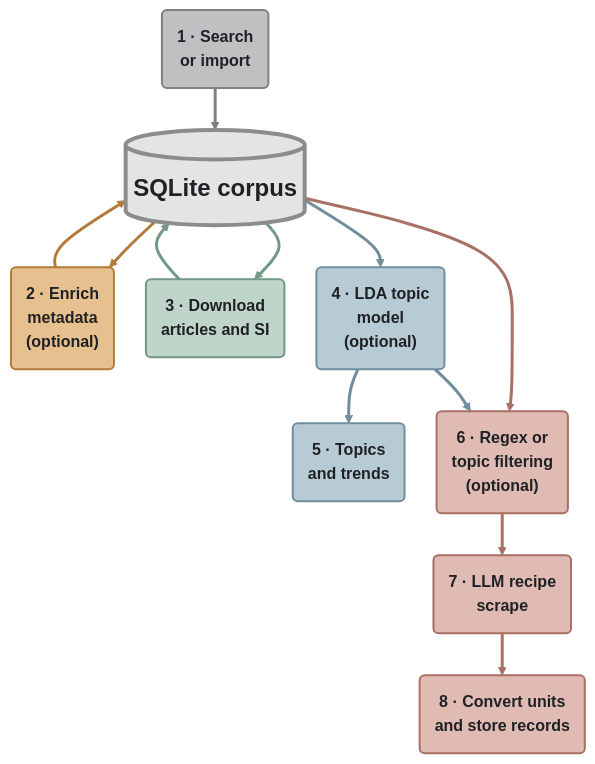
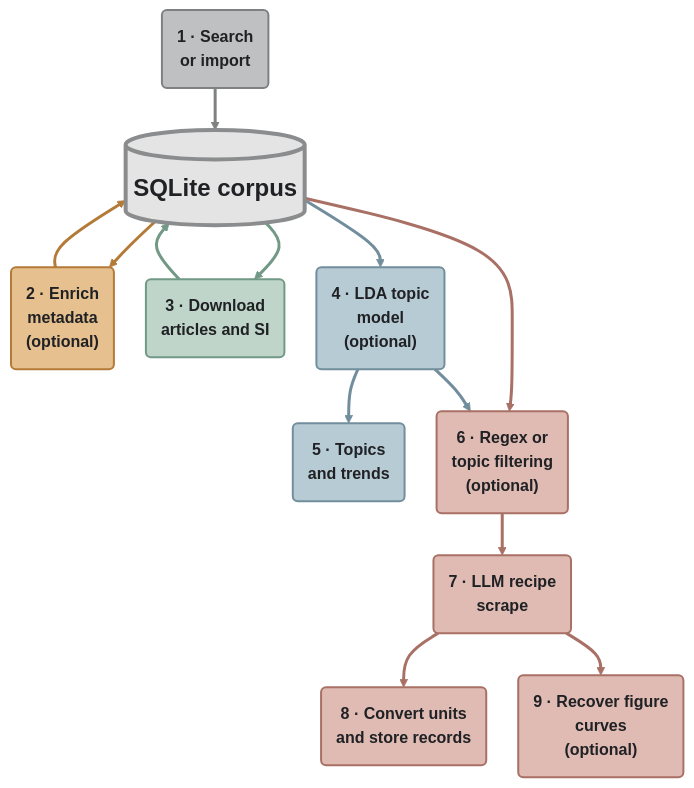
The diagram in docs/workflow/index.md (SMTG-Bham/PaperMinerToolkit), drawn with Mermaid before and after one commit. The commit also changed other lines of this file and 9 other files, not shown here.

````diff
--- a/docs/workflow/index.md
+++ b/docs/workflow/index.md
@@ -5,47 +5,49 @@
 ```{mermaid}
 :alt: PaperMinerToolkit workflow arranged around a central SQLite corpus. Search enters from above, enrichment and downloading form return loops below it, LDA topic analysis descends on the left, and LLM extraction descends on the right.
 :align: center
 
 %%{init: {"flowchart": {"curve": "basis", "nodeSpacing": 32, "rankSpacing": 42}}}%%
 flowchart TB
     A("1 · Search<br/>or import")
     C("2 · Enrich<br/>metadata<br/>(optional)")
     D("3 · Download<br/>articles and SI")
     B[("SQLite corpus")]
     E("4 · LDA topic<br/>model<br/>(optional)")
     F("5 · Topics<br/>and trends")
     L("6 · Regex or<br/>topic filtering<br/>(optional)")
     G("7 · LLM recipe<br/>scrape")
     I("8 · Convert units<br/>and store records")
+    J("9 · Recover figure<br/>curves<br/>(optional)")
 
     A --> B
     C --> B
     B --> C
     D --> B
     B --> D
     B --> E
     E --> F
     B --> L
     L --> G
     G --> I
     E --> L
+    G --> J
 
     classDef search fill:#bfc0c1,stroke:#7f8081,stroke-width:2px,color:#202124,font-weight:600
     classDef enrich fill:#e7c08f,stroke:#b47b38,stroke-width:2px,color:#202124,font-weight:600
     classDef download fill:#bfd5ca,stroke:#729986,stroke-width:2px,color:#202124,font-weight:600
     classDef llm fill:#dfbbb4,stroke:#a97065,stroke-width:2px,color:#202124,font-weight:600
     classDef lda fill:#b7cbd5,stroke:#728e9d,stroke-width:2px,color:#202124,font-weight:600
     classDef corpus fill:#e4e4e4,stroke:#8b8c8d,stroke-width:4px,color:#202124,font-size:24px,font-weight:bold
     class A search
     class C enrich
     class D download
-    class L,G,I llm
+    class L,G,I,J llm
     class E,F lda
     class B corpus
 
     linkStyle 0 stroke:#7f8081,stroke-width:3px
     linkStyle 1,2 stroke:#b47b38,stroke-width:3px
     linkStyle 3,4 stroke:#729986,stroke-width:3px
     linkStyle 5,6,10 stroke:#728e9d,stroke-width:3px
-    linkStyle 7,8,9 stroke:#a97065,stroke-width:3px
+    linkStyle 7,8,9,11 stroke:#a97065,stroke-width:3px
 ```
````
